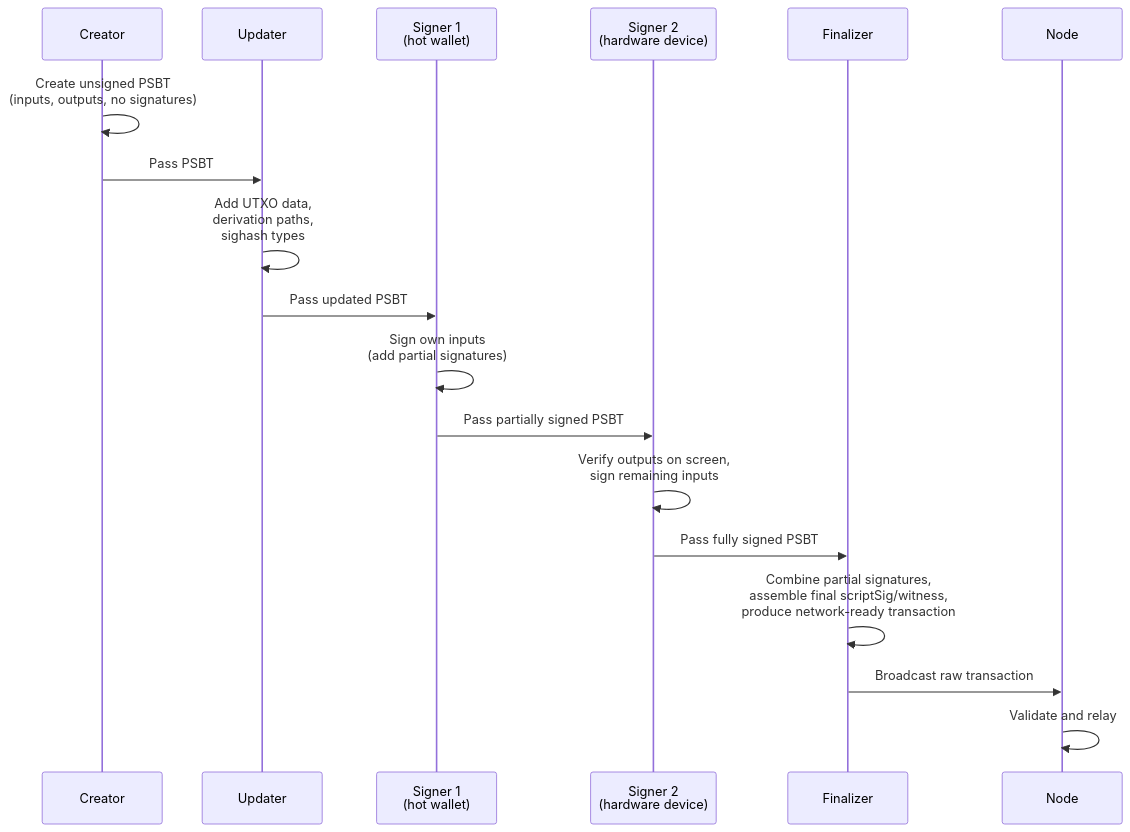
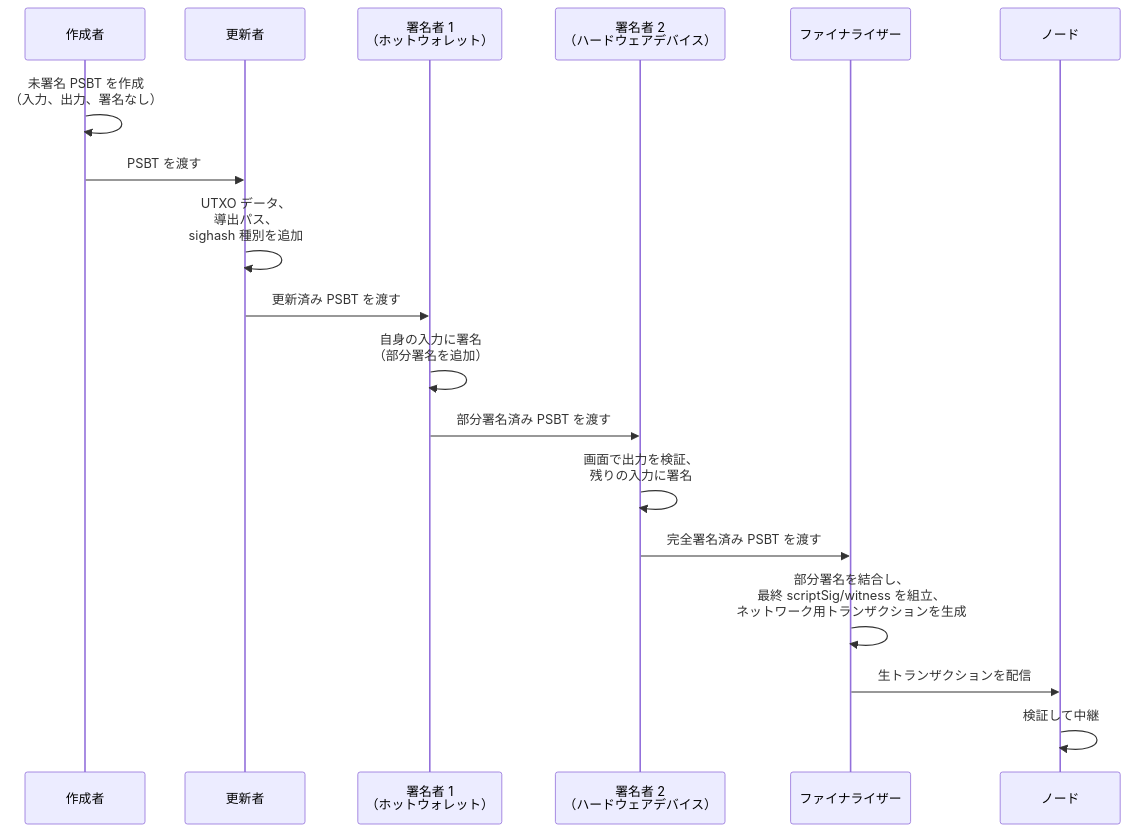
Before and after one commit to cypher256/BitcoinArchive: the fifth of 7 diagrams in src/data/translations/ja/design/2009-01-03-bitcoin-wallet-design.md, drawn with Mermaid. The commit also changed other lines of this file and 11 other files, not shown here.

````diff
--- a/src/data/translations/ja/design/2009-01-03-bitcoin-wallet-design.md
+++ b/src/data/translations/ja/design/2009-01-03-bitcoin-wallet-design.md
@@ -201,25 +201,25 @@
 ```mermaid
 sequenceDiagram
-    participant C as Creator
-    participant U as Updater
-    participant S1 as Signer 1<br/>(hot wallet)
-    participant S2 as Signer 2<br/>(hardware device)
-    participant F as Finalizer
-    participant N as Node
+    participant C as 作成者
+    participant U as 更新者
+    participant S1 as 署名者 1<br/>（ホットウォレット）
+    participant S2 as 署名者 2<br/>（ハードウェアデバイス）
+    participant F as ファイナライザー
+    participant N as ノード
 
-    C->>C: Create unsigned PSBT<br/>(inputs, outputs, no signatures)
-    C->>U: Pass PSBT
+    C->>C: 未署名 PSBT を作成<br/>（入力、出力、署名なし）
+    C->>U: PSBT を渡す
 
-    U->>U: Add UTXO data,<br/>derivation paths,<br/>sighash types
-    U->>S1: Pass updated PSBT
+    U->>U: UTXO データ、<br/>導出パス、<br/>sighash 種別を追加
+    U->>S1: 更新済み PSBT を渡す
 
-    S1->>S1: Sign own inputs<br/>(add partial signatures)
-    S1->>S2: Pass partially signed PSBT
+    S1->>S1: 自身の入力に署名<br/>（部分署名を追加）
+    S1->>S2: 部分署名済み PSBT を渡す
 
-    S2->>S2: Verify outputs on screen,<br/>sign remaining inputs
-    S2->>F: Pass fully signed PSBT
+    S2->>S2: 画面で出力を検証、<br/>残りの入力に署名
+    S2->>F: 完全署名済み PSBT を渡す
 
-    F->>F: Combine partial signatures,<br/>assemble final scriptSig/witness,<br/>produce network-ready transaction
-    F->>N: Broadcast raw transaction
-    N->>N: Validate and relay
+    F->>F: 部分署名を結合し、<br/>最終 scriptSig/witness を組立、<br/>ネットワーク用トランザクションを生成
+    F->>N: 生トランザクションを配信
+    N->>N: 検証して中継
 ```
````
